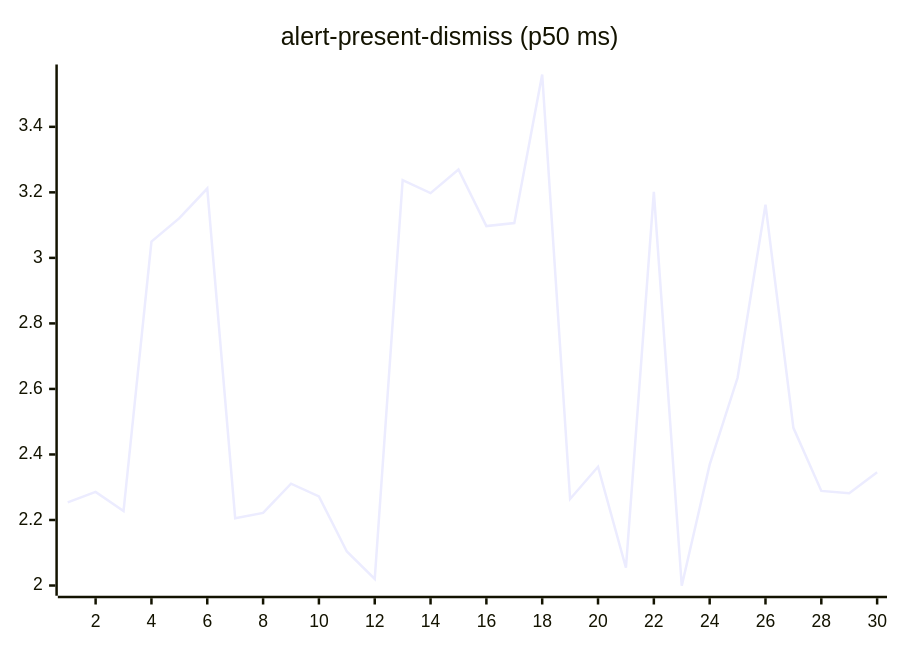
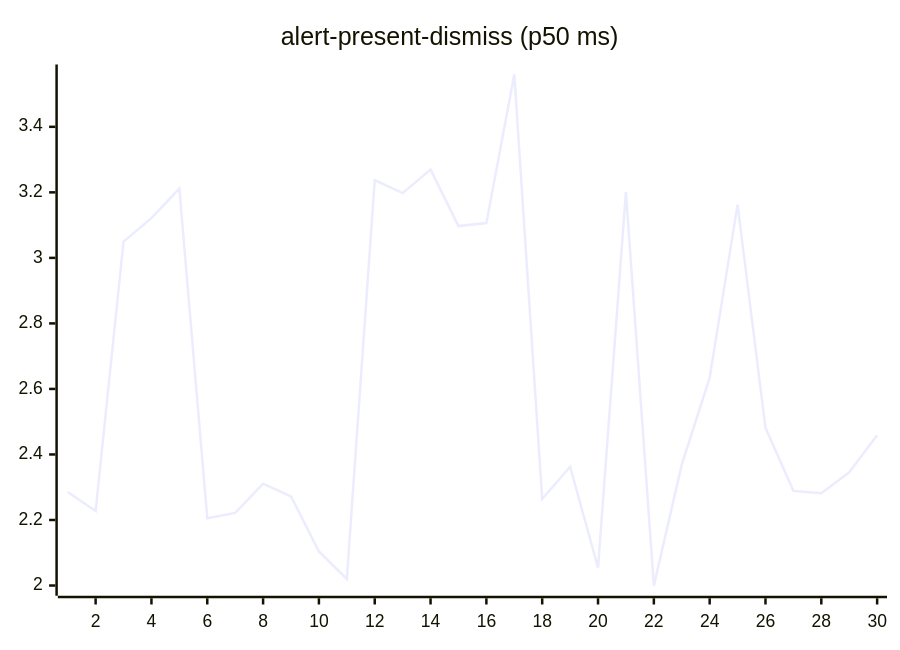
One commit to josha/Facet changed the second of 27 diagrams in README.md. Above: the diagram before and after it, drawn with Mermaid. The commit also changed other lines of this file and 2 other files, not shown here.

````diff
--- a/README.md
+++ b/README.md
@@ -70,6 +70,6 @@
 ```mermaid
 xychart-beta
     title "alert-present-dismiss (p50 ms)"
     x-axis 1 --> 30
-    line [2.2536, 2.2857, 2.2272, 3.0496, 3.1212, 3.2117, 2.2054, 2.2216, 2.3109, 2.2722, 2.1040, 2.0200, 3.2371, 3.1976, 3.2697, 3.0970, 3.1061, 3.5597, 2.2642, 2.3626, 2.0543, 3.2013, 1.9993, 2.3689, 2.6340, 3.1626, 2.4814, 2.2888, 2.2819, 2.3455]
+    line [2.2857, 2.2272, 3.0496, 3.1212, 3.2117, 2.2054, 2.2216, 2.3109, 2.2722, 2.1040, 2.0200, 3.2371, 3.1976, 3.2697, 3.0970, 3.1061, 3.5597, 2.2642, 2.3626, 2.0543, 3.2013, 1.9993, 2.3689, 2.6340, 3.1626, 2.4814, 2.2888, 2.2819, 2.3455, 2.4588]
 ```
````
